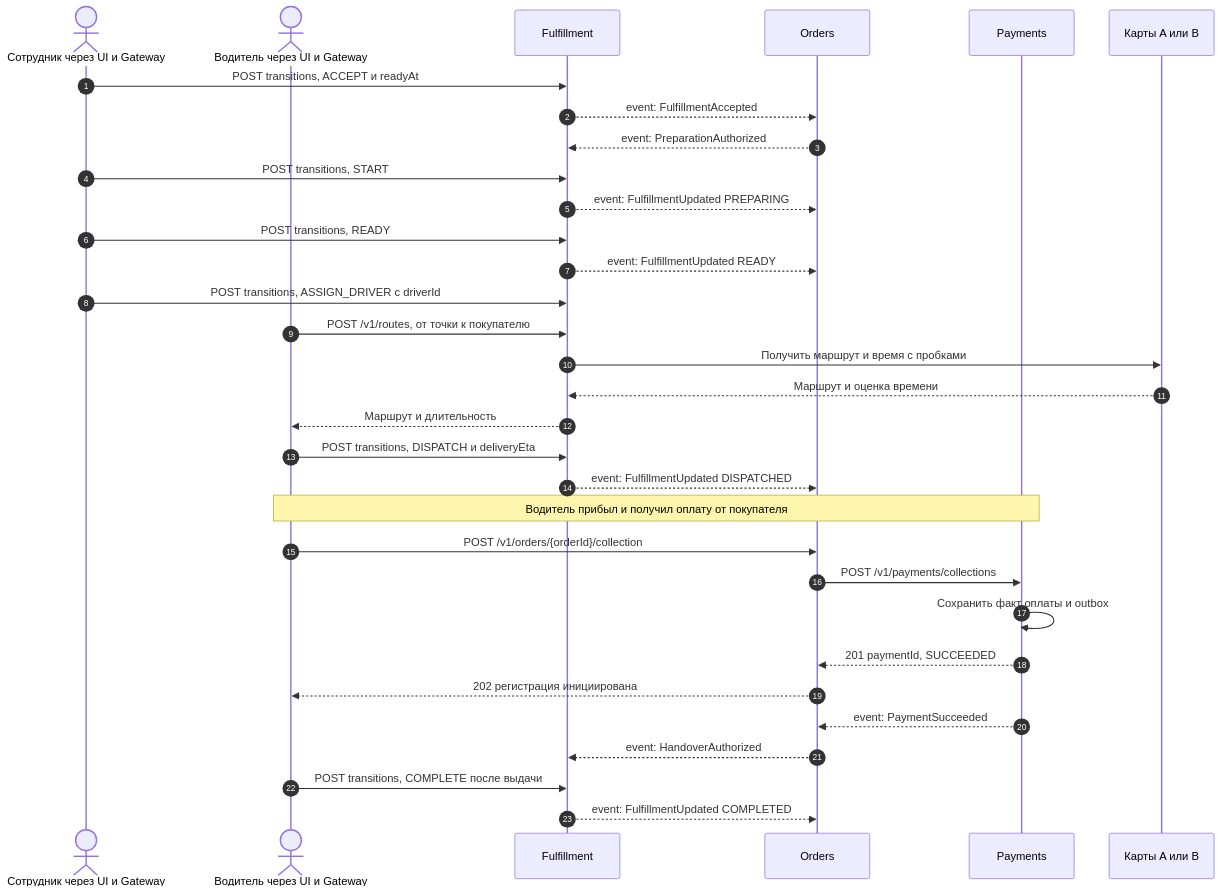
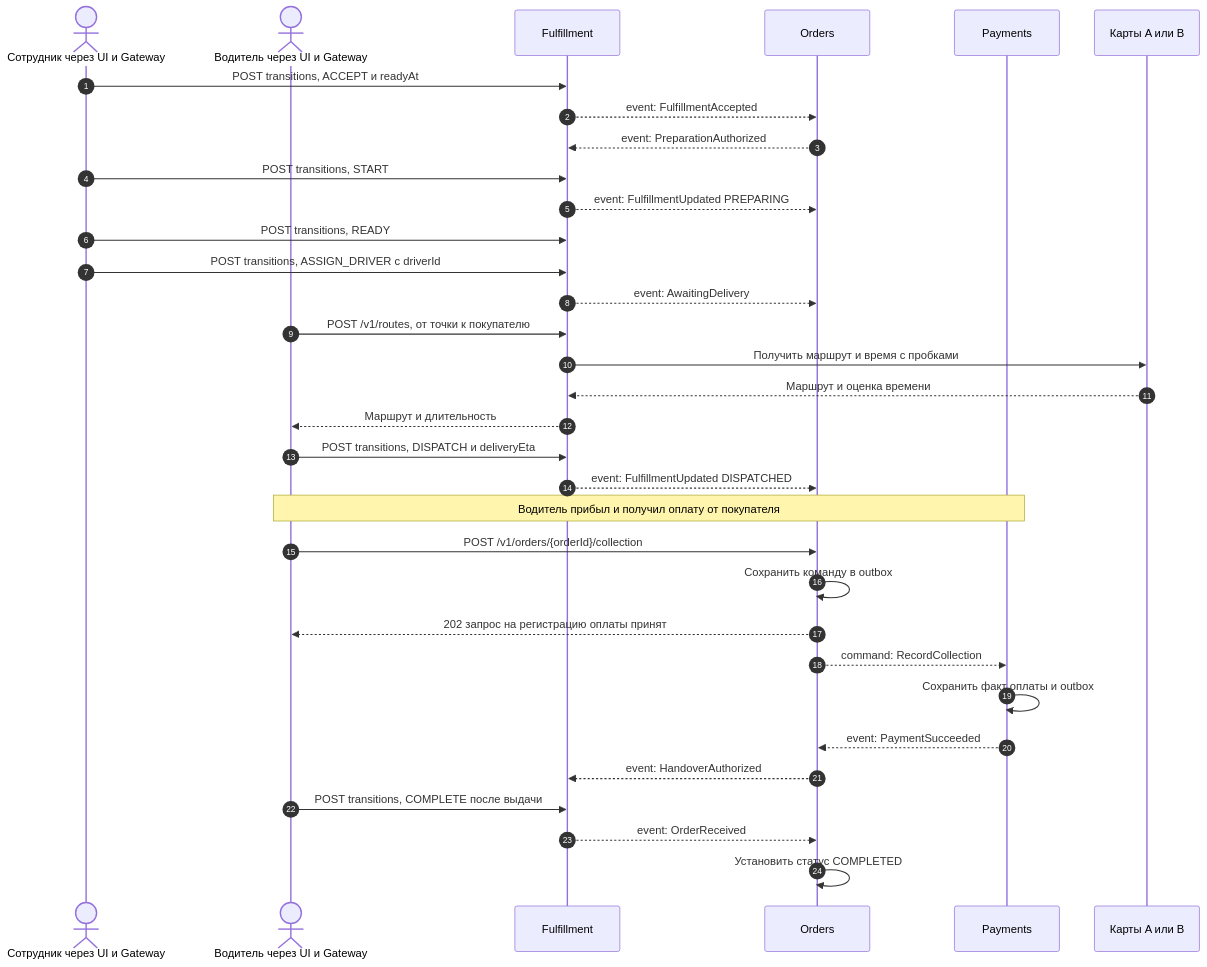
The third of 4 diagrams in homework-01/docs/processes.md (paulrozhkin/otus-microservices-homework), drawn with Mermaid before and after one commit. The commit also changed other lines of this file and 2 other files, not shown here.

````diff
--- a/homework-01/docs/processes.md
+++ b/homework-01/docs/processes.md
@@ -83,34 +89,35 @@
 ```mermaid
 sequenceDiagram
     autonumber
     actor S as Сотрудник через UI и Gateway
     actor D as Водитель через UI и Gateway
     participant F as Fulfillment
     participant O as Orders
     participant P as Payments
     participant Maps as Карты A или B
     S->>F: POST transitions, ACCEPT и readyAt
     F-->>O: event: FulfillmentAccepted
     O-->>F: event: PreparationAuthorized
     S->>F: POST transitions, START
     F-->>O: event: FulfillmentUpdated PREPARING
     S->>F: POST transitions, READY
-    F-->>O: event: FulfillmentUpdated READY
     S->>F: POST transitions, ASSIGN_DRIVER с driverId
+    F-->>O: event: AwaitingDelivery
     D->>F: POST /v1/routes, от точки к покупателю
     F->>Maps: Получить маршрут и время с пробками
     Maps-->>F: Маршрут и оценка времени
     F-->>D: Маршрут и длительность
     D->>F: POST transitions, DISPATCH и deliveryEta
     F-->>O: event: FulfillmentUpdated DISPATCHED
     Note over D,P: Водитель прибыл и получил оплату от покупателя
     D->>O: POST /v1/orders/{orderId}/collection
-    O->>P: POST /v1/payments/collections
+    O->>O: Сохранить команду в outbox
+    O-->>D: 202 запрос на регистрацию оплаты принят
+    O-->>P: command: RecordCollection
     P->>P: Сохранить факт оплаты и outbox
-    P-->>O: 201 paymentId, SUCCEEDED
-    O-->>D: 202 регистрация инициирована
     P-->>O: event: PaymentSucceeded
     O-->>F: event: HandoverAuthorized
     D->>F: POST transitions, COMPLETE после выдачи
-    F-->>O: event: FulfillmentUpdated COMPLETED
+    F-->>O: event: OrderReceived
+    O->>O: Установить статус COMPLETED
 ```
````
